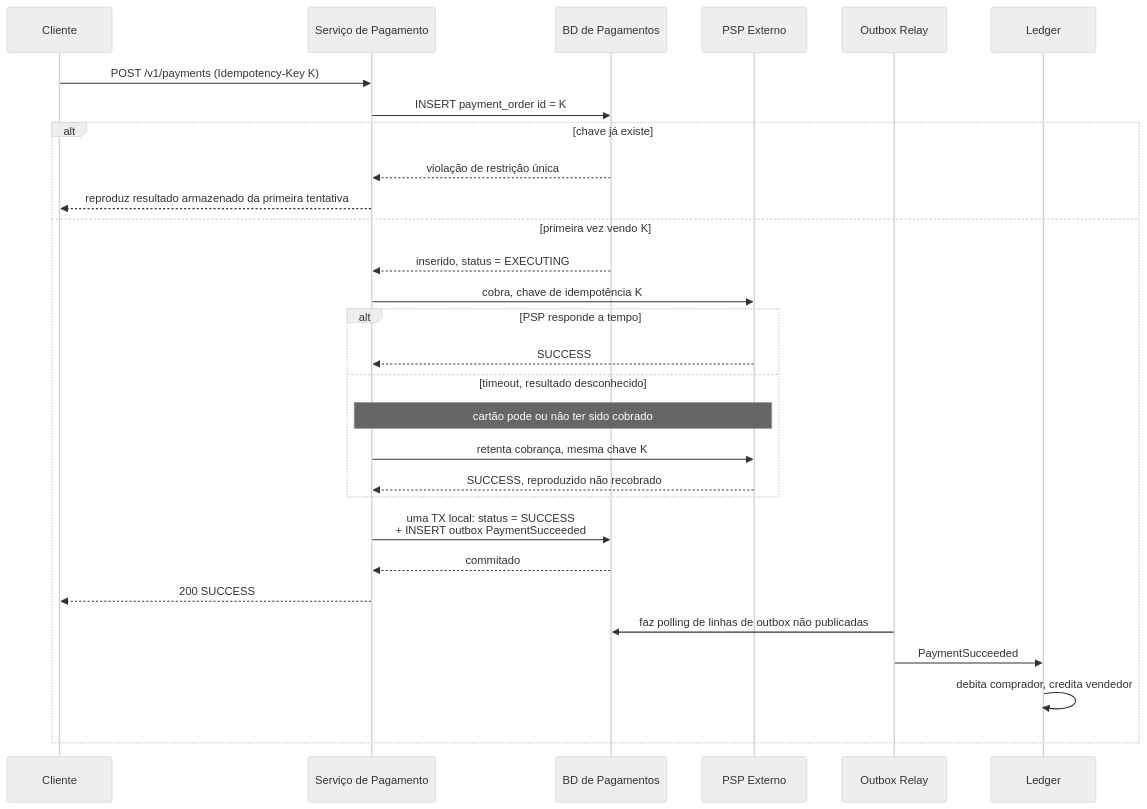
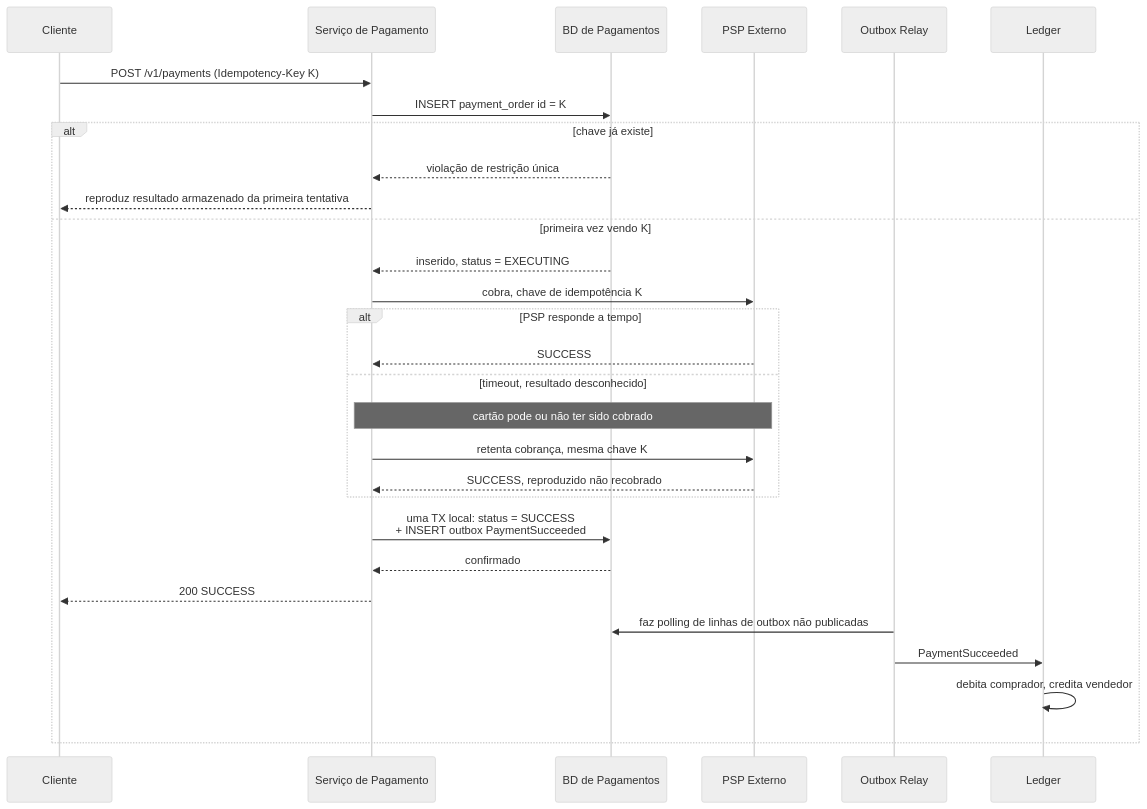
Before and after one commit to alexcastrodev/my-university: the second of 2 diagrams in backend/src/seed/data/system-design-concepts/content/payment-system-design/pt-BR.md, drawn with Mermaid (neutral theme). The commit also changed other lines of this file and 102 other files, not shown here.

````diff
--- a/backend/src/seed/data/system-design-concepts/content/payment-system-design/pt-BR.md
+++ b/backend/src/seed/data/system-design-concepts/content/payment-system-design/pt-BR.md
@@ -156,32 +156,32 @@
 ```mermaid
 sequenceDiagram
     participant C as Cliente
     participant P as Serviço de Pagamento
     participant DB as BD de Pagamentos
     participant PSP as PSP Externo
     participant R as Outbox Relay
     participant L as Ledger
 
     C->>P: POST /v1/payments (Idempotency-Key K)
     P->>DB: INSERT payment_order id = K
     alt chave já existe
         DB-->>P: violação de restrição única
         P-->>C: reproduz resultado armazenado da primeira tentativa
     else primeira vez vendo K
         DB-->>P: inserido, status = EXECUTING
         P->>PSP: cobra, chave de idempotência K
         alt PSP responde a tempo
             PSP-->>P: SUCCESS
         else timeout, resultado desconhecido
             Note over P,PSP: cartão pode ou não ter sido cobrado
             P->>PSP: retenta cobrança, mesma chave K
             PSP-->>P: SUCCESS, reproduzido não recobrado
         end
         P->>DB: uma TX local: status = SUCCESS<br/>+ INSERT outbox PaymentSucceeded
-        DB-->>P: commitado
+        DB-->>P: confirmado
         P-->>C: 200 SUCCESS
         R->>DB: faz polling de linhas de outbox não publicadas
         R->>L: PaymentSucceeded
         L->>L: debita comprador, credita vendedor
     end
 ```
````
